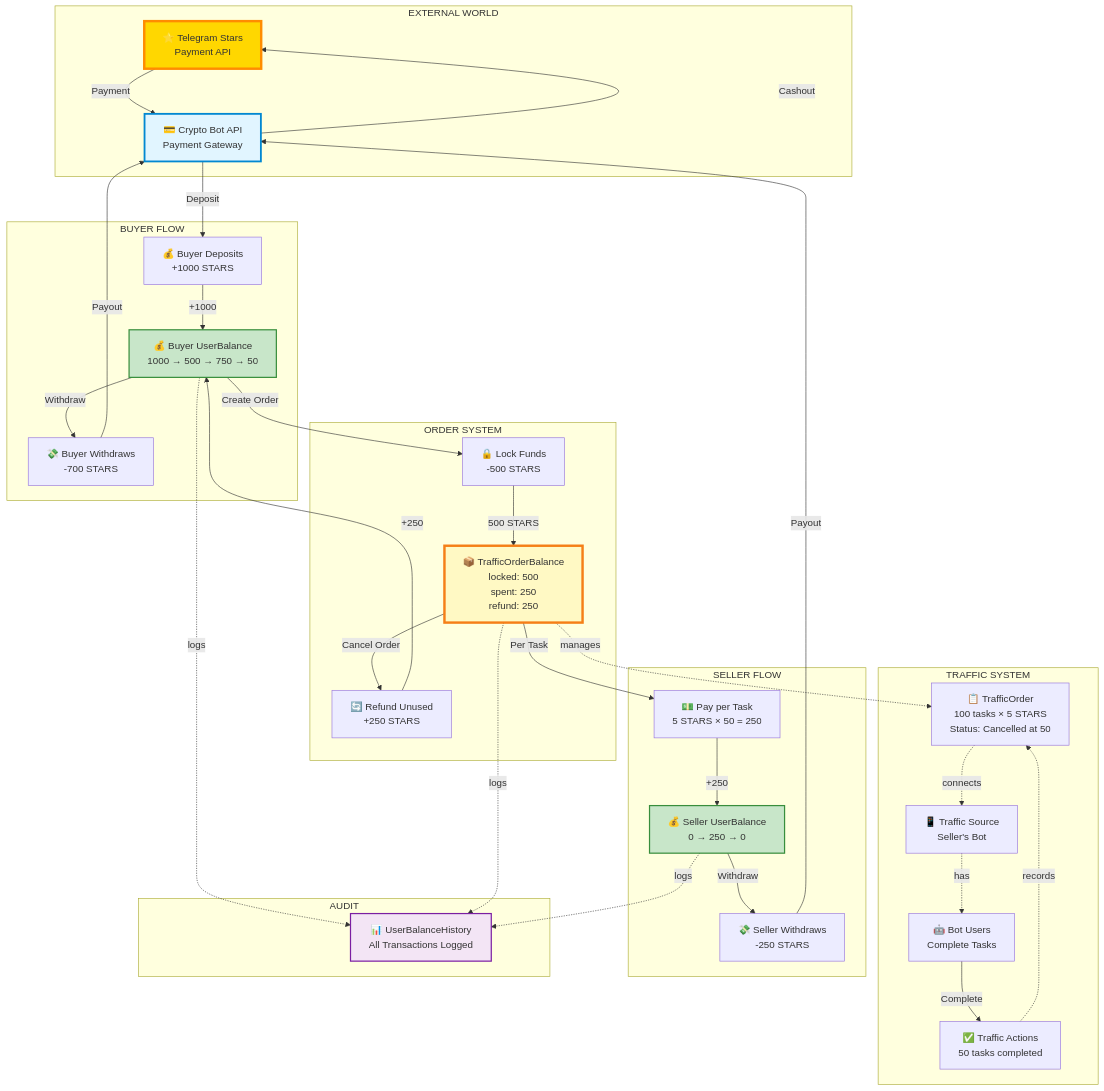
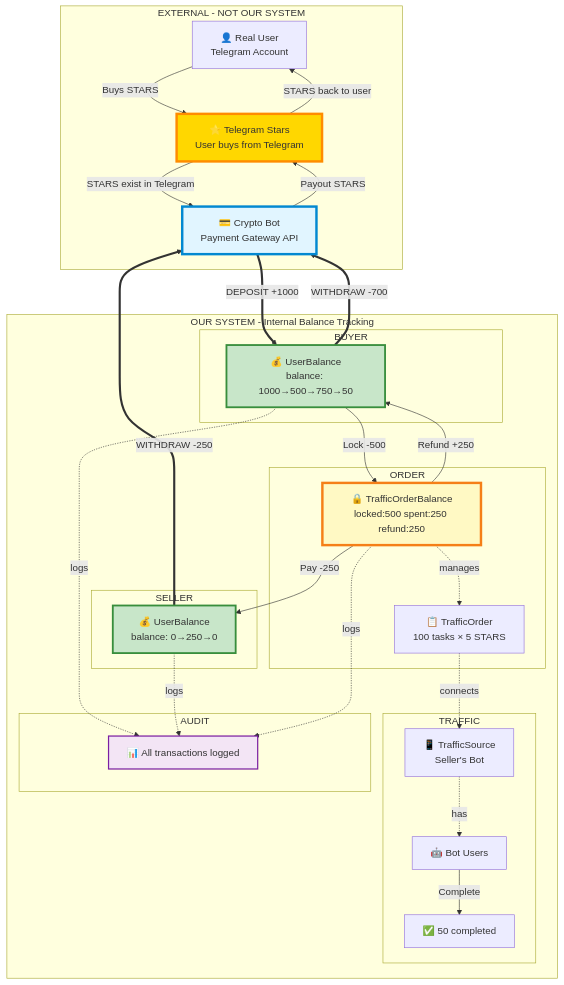
The diagram in monorepo/docs/COMPLETE-MONEY-FLOW.md (nmime/motiv-buy), drawn with Mermaid before and after one commit. The commit also changed other lines of this file, not shown here.

Commit message:
docs(traffic): clarify STARS are external currency from Telegram
CRITICAL FIX: Made it clear that:
- STARS are EXTERNAL currency owned by Telegram
- Users BUY stars from Telegram (with real money)
- Crypto Bot is external payment gateway
- Our system ONLY TRACKS balances (like a bank ledger)
- We don't create/own STARS - only track deposits/withdrawals

Updated diagram to show:
- EXTERNAL section (Telegram, Crypto Bot, User)
- OUR SYSTEM section (internal balance tracking)
- Clear boundary between external currency and internal ledger
- Deposit/Withdraw as only entry/exit points

Like a bank: we track USD balances but don't create USD.

````diff
--- a/monorepo/docs/COMPLETE-MONEY-FLOW.md
+++ b/monorepo/docs/COMPLETE-MONEY-FLOW.md
@@ -5,83 +5,75 @@
 ```mermaid
 graph TB
-    subgraph "EXTERNAL WORLD"
-        TG[⭐ Telegram Stars<br/>Payment API]
-        CB[💳 Crypto Bot API<br/>Payment Gateway]
+    subgraph "EXTERNAL - NOT OUR SYSTEM"
+        User[👤 Real User<br/>Telegram Account]
+        TG[⭐ Telegram Stars<br/>User buys from Telegram]
+        CB[💳 Crypto Bot<br/>Payment Gateway API]
     end
 
-    subgraph "BUYER FLOW"
-        BD[💰 Buyer Deposits<br/>+1000 STARS]
-        BBal[💰 Buyer UserBalance<br/>1000 → 500 → 750 → 50]
-        BW[💸 Buyer Withdraws<br/>-700 STARS]
+    subgraph "OUR SYSTEM - Internal Balance Tracking"
+        subgraph "BUYER"
+            BBal[💰 UserBalance<br/>balance: 1000→500→750→50]
+        end
+
+        subgraph "ORDER"
+            Reserve[🔒 TrafficOrderBalance<br/>locked:500 spent:250 refund:250]
+            Order[📋 TrafficOrder<br/>100 tasks × 5 STARS]
+        end
+
+        subgraph "TRAFFIC"
+            Source[📱 TrafficSource<br/>Seller's Bot]
+            Users[🤖 Bot Users]
+            Actions[✅ 50 completed]
+        end
+
+        subgraph "SELLER"
+            SBal[💰 UserBalance<br/>balance: 0→250→0]
+        end
+
+        subgraph "AUDIT"
+            History[📊 All transactions logged]
+        end
     end
 
-    subgraph "ORDER SYSTEM"
-        Lock[🔒 Lock Funds<br/>-500 STARS]
-        Reserve[📦 TrafficOrderBalance<br/>locked: 500<br/>spent: 250<br/>refund: 250]
-        Refund[🔄 Refund Unused<br/>+250 STARS]
-    end
+    %% External: User buys STARS from Telegram
+    User -->|Buys STARS| TG
+    TG -->|STARS exist in Telegram| CB
 
-    subgraph "TRAFFIC SYSTEM"
-        Order[📋 TrafficOrder<br/>100 tasks × 5 STARS<br/>Status: Cancelled at 50]
-        Source[📱 Traffic Source<br/>Seller's Bot]
-        Users[🤖 Bot Users<br/>Complete Tasks]
-        Actions[✅ Traffic Actions<br/>50 tasks completed]
-    end
+    %% DEPOSIT: External → Our System
+    CB ==>|DEPOSIT +1000| BBal
 
-    subgraph "SELLER FLOW"
-        Pay[💵 Pay per Task<br/>5 STARS × 50 = 250]
-        SBal[💰 Seller UserBalance<br/>0 → 250 → 0]
-        SW[💸 Seller Withdraws<br/>-250 STARS]
-    end
-
-    subgraph "AUDIT"
-        History[📊 UserBalanceHistory<br/>All Transactions Logged]
-    end
-
-    %% STARS Origin
-    TG -->|Payment| CB
-    CB -->|Deposit| BD
-
-    %% Buyer Deposit
-    BD -->|+1000| BBal
-
-    %% Lock Flow
-    BBal -->|Create Order| Lock
-    Lock -->|500 STARS| Reserve
+    %% Lock Flow (Internal)
+    BBal -->|Lock -500| Reserve
     Reserve -.manages.-> Order
 
-    %% Traffic Flow
+    %% Traffic Flow (Internal)
     Order -.connects.-> Source
     Source -.has.-> Users
     Users -->|Complete| Actions
-    Actions -.records.-> Order
 
-    %% Spend Flow
-    Reserve -->|Per Task| Pay
-    Pay -->|+250| SBal
+    %% Spend Flow (Internal)
+    Reserve -->|Pay -250| SBal
 
-    %% Refund Flow
-    Reserve -->|Cancel Order| Refund
-    Refund -->|+250| BBal
+    %% Refund Flow (Internal)
+    Reserve -->|Refund +250| BBal
 
-    %% Withdraw Flow
-    BBal -->|Withdraw| BW
-    BW -->|Payout| CB
-    SBal -->|Withdraw| SW
-    SW -->|Payout| CB
+    %% WITHDRAW: Our System → External
+    BBal ==>|WITHDRAW -700| CB
+    SBal ==>|WITHDRAW -250| CB
 
-    %% Audit
+    %% External: Crypto Bot pays out to Telegram
+    CB -->|Payout STARS| TG
+    TG -->|STARS back to user| User
+
+    %% Audit (Internal)
     BBal -.logs.-> History
     SBal -.logs.-> History
     Reserve -.logs.-> History
 
-    %% Back to external
-    CB -->|Cashout| TG
-
     style TG fill:#ffd700,stroke:#ff8c00,stroke-width:4px
-    style CB fill:#e1f5ff,stroke:#0288d1,stroke-width:3px
+    style CB fill:#e1f5ff,stroke:#0288d1,stroke-width:4px
     style Reserve fill:#fff9c4,stroke:#f57f17,stroke-width:4px
-    style BBal fill:#c8e6c9,stroke:#388e3c,stroke-width:2px
-    style SBal fill:#c8e6c9,stroke:#388e3c,stroke-width:2px
+    style BBal fill:#c8e6c9,stroke:#388e3c,stroke-width:3px
+    style SBal fill:#c8e6c9,stroke:#388e3c,stroke-width:3px
     style History fill:#f3e5f5,stroke:#7b1fa2,stroke-width:2px
 ```
````
